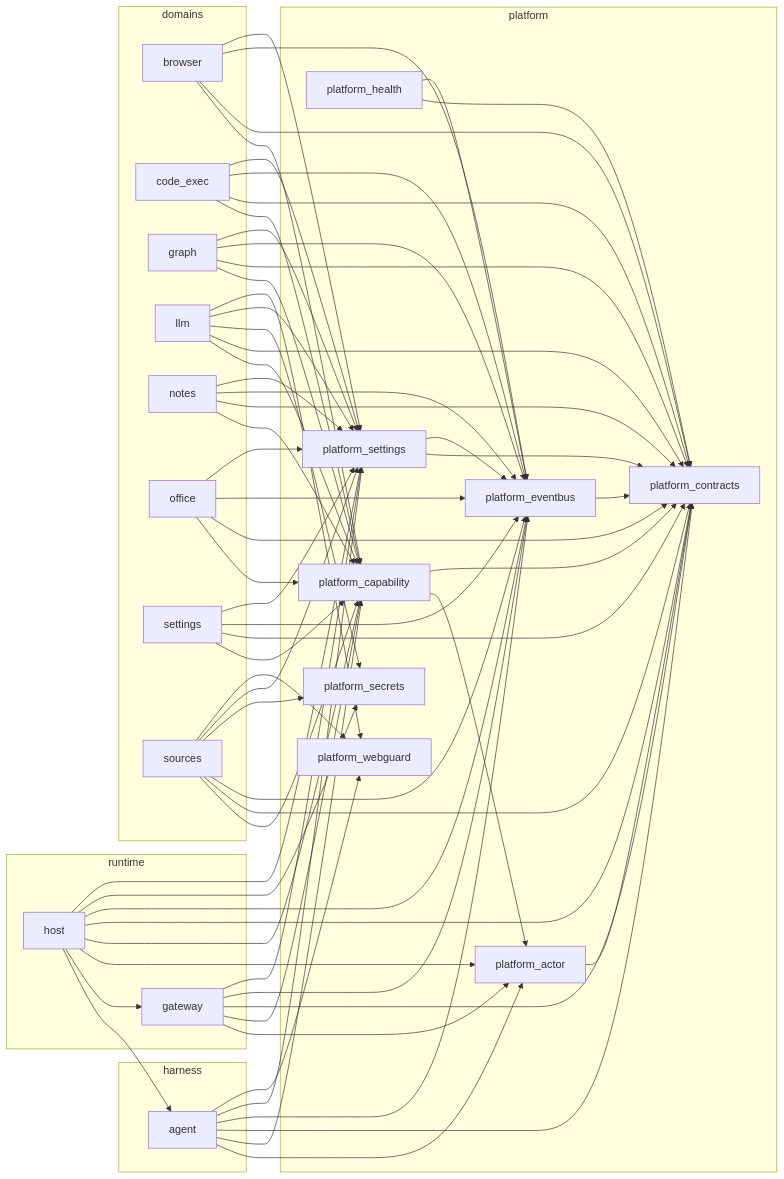
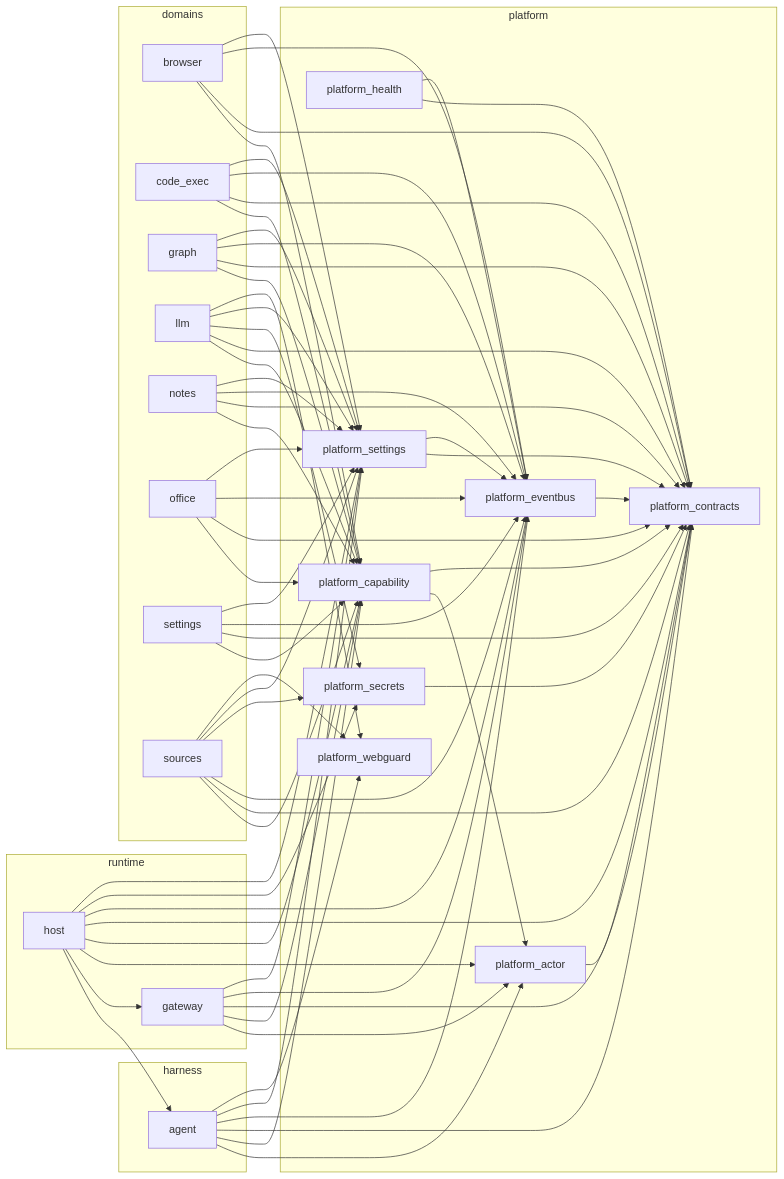
Before and after one commit to daftpunkwav/voyager: the diagram in docs/catalog/module-graph.md, drawn with Mermaid. The commit also changed 2 other files, not shown here.

Commit message:
docs: refresh module graph for platform secrets edge

```diff
--- a/docs/catalog/module-graph.md
+++ b/docs/catalog/module-graph.md
@@ -85,6 +85,7 @@
     p_platform_eventbus --> p_platform_contracts
     p_platform_health --> p_platform_contracts
     p_platform_health --> p_platform_eventbus
+    p_platform_secrets --> p_platform_contracts
     p_platform_settings --> p_platform_contracts
     p_platform_settings --> p_platform_eventbus
     p_settings --> p_platform_capability
```
